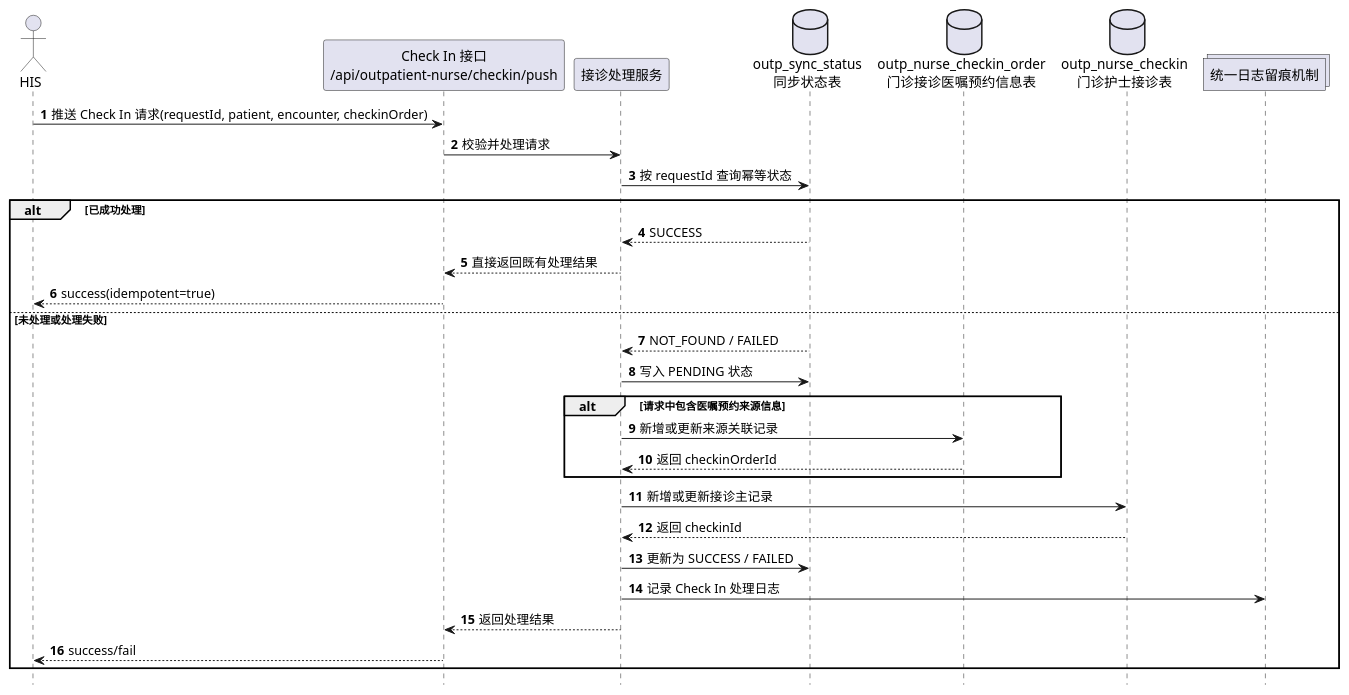
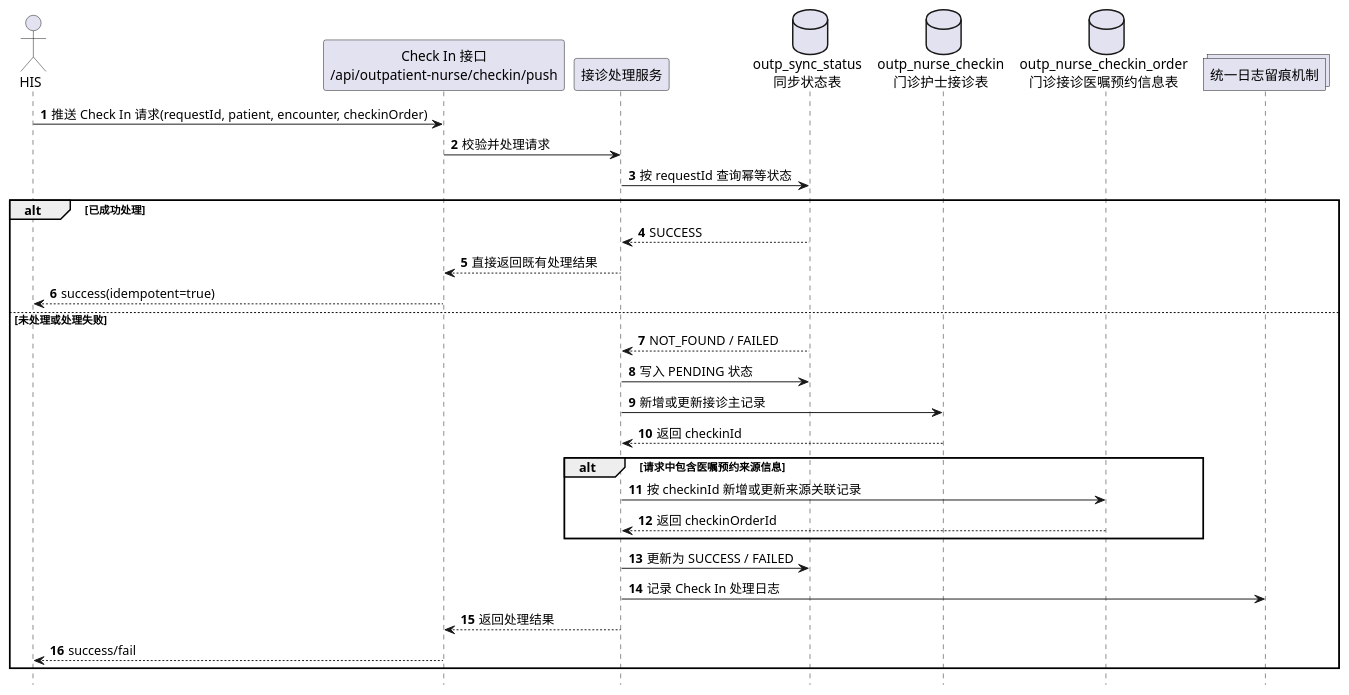
Before and after one commit to tito126/dev-workflow-engine: the first of 7 diagrams in work-system/deliverables/outpatient-nurse-station/4.2.4.6-时序图-PlantUML-标签接口调整版.md, drawn with PlantUML. The commit also changed other lines of this file and 1 other file, not shown here.

Commit message:
refine outpatient nurse tag diagrams

````diff
--- a/work-system/deliverables/outpatient-nurse-station/4.2.4.6-时序图-PlantUML-标签接口调整版.md
+++ b/work-system/deliverables/outpatient-nurse-station/4.2.4.6-时序图-PlantUML-标签接口调整版.md
@@ -32,37 +32,37 @@
 ```plantuml
 @startuml
 hide footbox
 
 autonumber
 
 actor "HIS" as HIS
 participant "Check In 接口\n/api/outpatient-nurse/checkin/push" as CheckinApi
 participant "接诊处理服务" as CheckinService
 database "outp_sync_status\n同步状态表" as SyncStatus
+database "outp_nurse_checkin\n门诊护士接诊表" as Checkin
 database "outp_nurse_checkin_order\n门诊接诊医嘱预约信息表" as CheckinOrder
-database "outp_nurse_checkin\n门诊护士接诊表" as Checkin
 collections "统一日志留痕机制" as OpLog
 
 HIS -> CheckinApi: 推送 Check In 请求(requestId, patient, encounter, checkinOrder)
 CheckinApi -> CheckinService: 校验并处理请求
 CheckinService -> SyncStatus: 按 requestId 查询幂等状态
 alt 已成功处理
     SyncStatus --> CheckinService: SUCCESS
     CheckinService --> CheckinApi: 直接返回既有处理结果
     CheckinApi --> HIS: success(idempotent=true)
 else 未处理或处理失败
     SyncStatus --> CheckinService: NOT_FOUND / FAILED
     CheckinService -> SyncStatus: 写入 PENDING 状态
+    CheckinService -> Checkin: 新增或更新接诊主记录
+    Checkin --> CheckinService: 返回 checkinId
     alt 请求中包含医嘱预约来源信息
-        CheckinService -> CheckinOrder: 新增或更新来源关联记录
+        CheckinService -> CheckinOrder: 按 checkinId 新增或更新来源关联记录
         CheckinOrder --> CheckinService: 返回 checkinOrderId
     end
-    CheckinService -> Checkin: 新增或更新接诊主记录
-    Checkin --> CheckinService: 返回 checkinId
     CheckinService -> SyncStatus: 更新为 SUCCESS / FAILED
     CheckinService -> OpLog: 记录 Check In 处理日志
     CheckinService --> CheckinApi: 返回处理结果
     CheckinApi --> HIS: success/fail
 end
 @enduml
 ```
````
